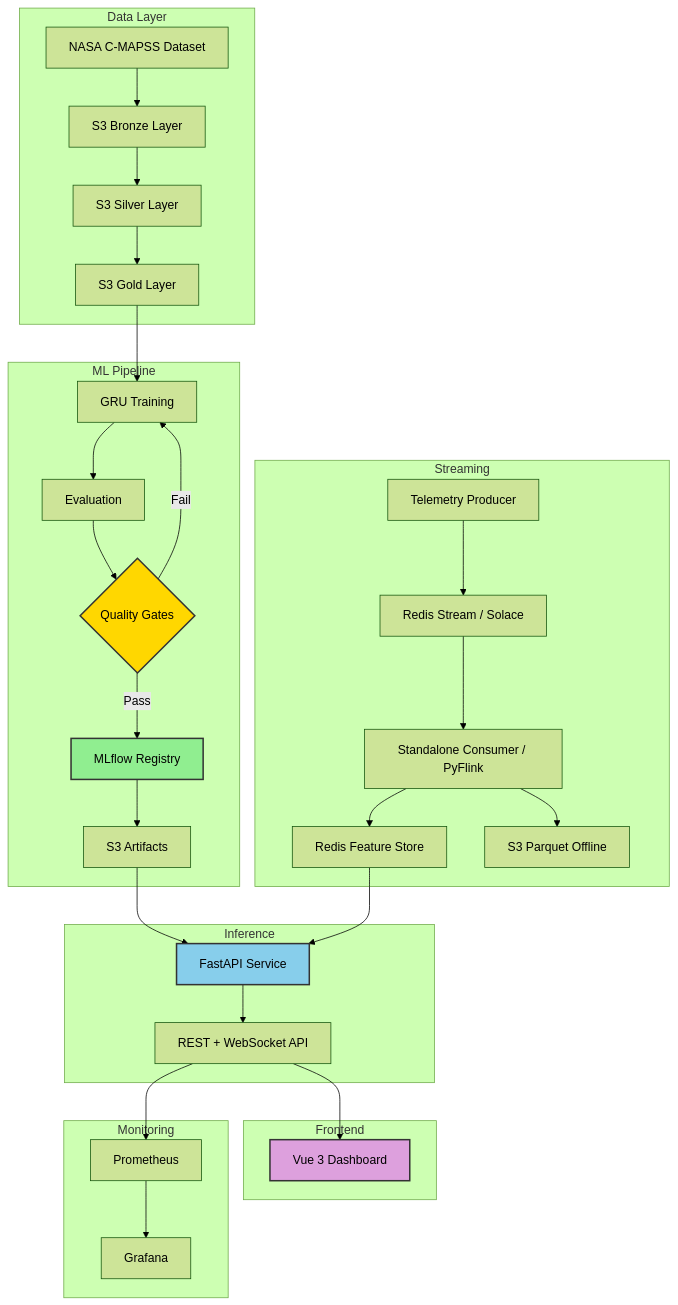
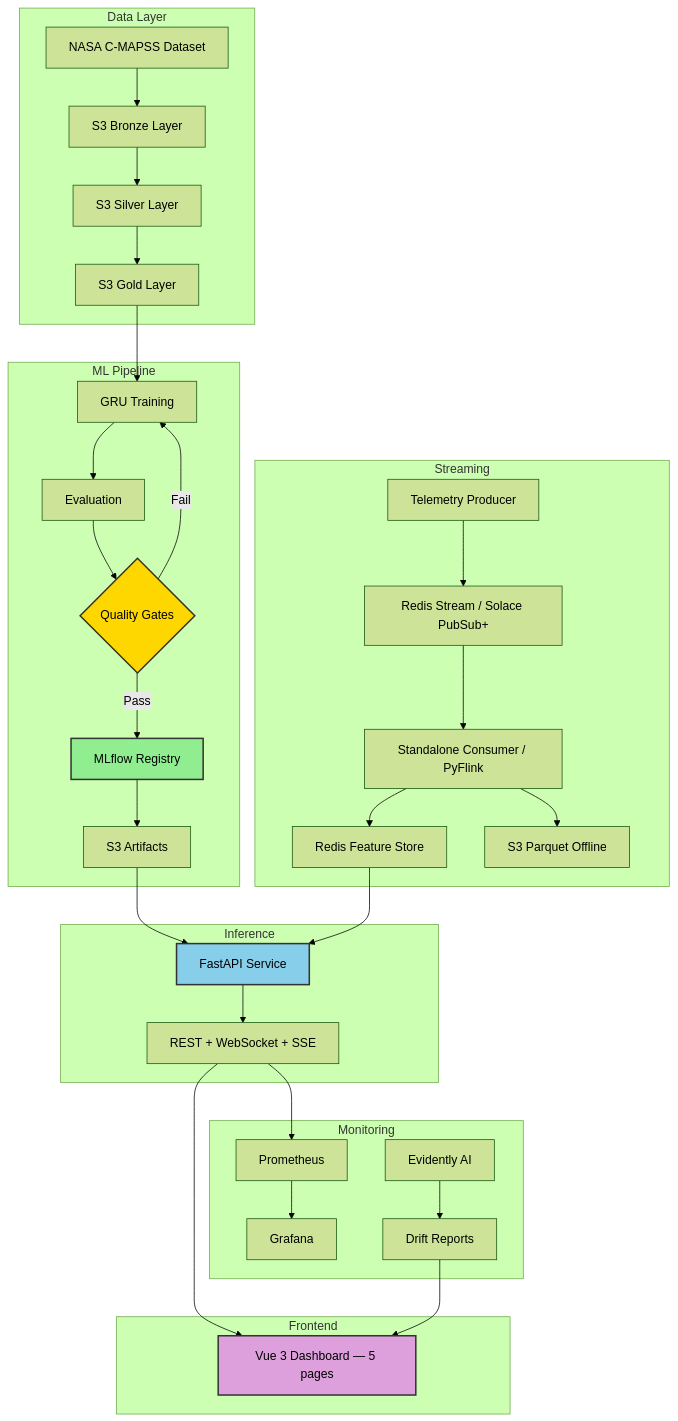
The diagram in README.md (nasim-raj-laskar/Real-Time-Aircraft-Engine-Predictive-Maintenance-System), drawn with Mermaid (forest theme) before and after one commit. The commit also changed other lines of this file, not shown here.

````diff
--- a/README.md
+++ b/README.md
@@ -31,44 +33,46 @@
 ```mermaid
 flowchart TB
     subgraph Data Layer
         A[NASA C-MAPSS Dataset] --> B[S3 Bronze Layer]
         B --> C[S3 Silver Layer]
         C --> D[S3 Gold Layer]
     end
 
     subgraph ML Pipeline
         D --> E[GRU Training]
         E --> F[Evaluation]
         F --> G{Quality Gates}
         G -->|Pass| H[MLflow Registry]
         G -->|Fail| E
         H --> I[S3 Artifacts]
     end
 
     subgraph Streaming
-        J[Telemetry Producer] --> K[Redis Stream / Solace]
+        J[Telemetry Producer] --> K[Redis Stream / Solace PubSub+]
         K --> L[Standalone Consumer / PyFlink]
         L --> M[Redis Feature Store]
         L --> N[S3 Parquet Offline]
     end
 
     subgraph Inference
         I --> O[FastAPI Service]
         M --> O
-        O --> P[REST + WebSocket API]
+        O --> P[REST + WebSocket + SSE]
     end
 
     subgraph Frontend
-        P --> Q[Vue 3 Dashboard]
+        P --> Q[Vue 3 Dashboard — 5 pages]
     end
 
     subgraph Monitoring
         P --> R[Prometheus]
         R --> S[Grafana]
+        T[Evidently AI] --> U[Drift Reports]
+        U --> Q
     end
 
     style G fill:#FFD700,stroke:#333,stroke-width:2px
     style H fill:#90EE90,stroke:#333,stroke-width:2px
     style O fill:#87CEEB,stroke:#333,stroke-width:2px
     style Q fill:#DDA0DD,stroke:#333,stroke-width:2px
 ```
````
